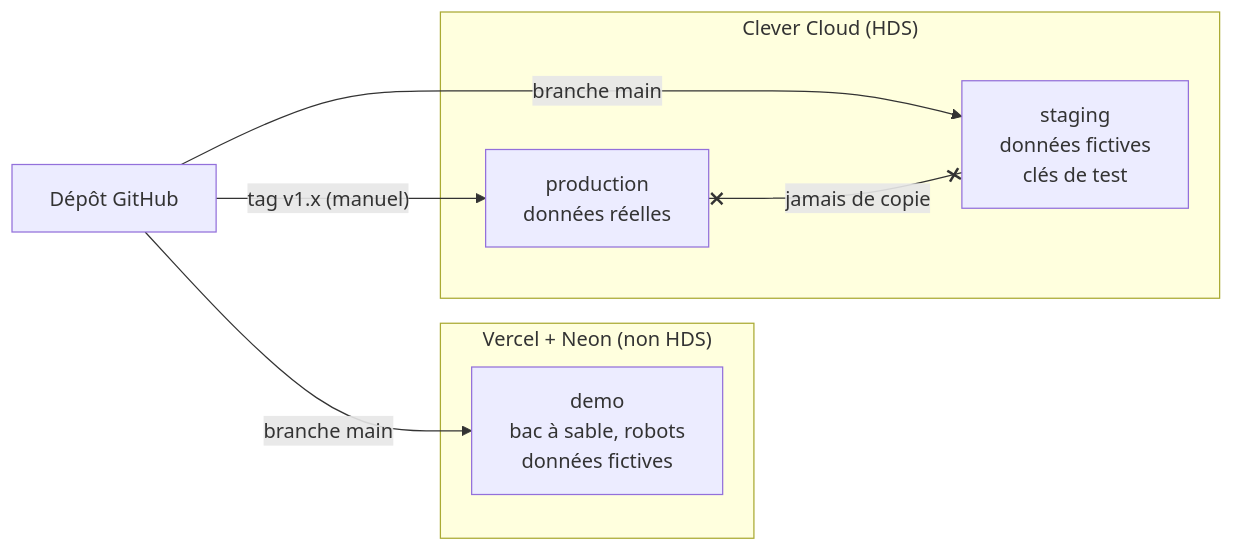
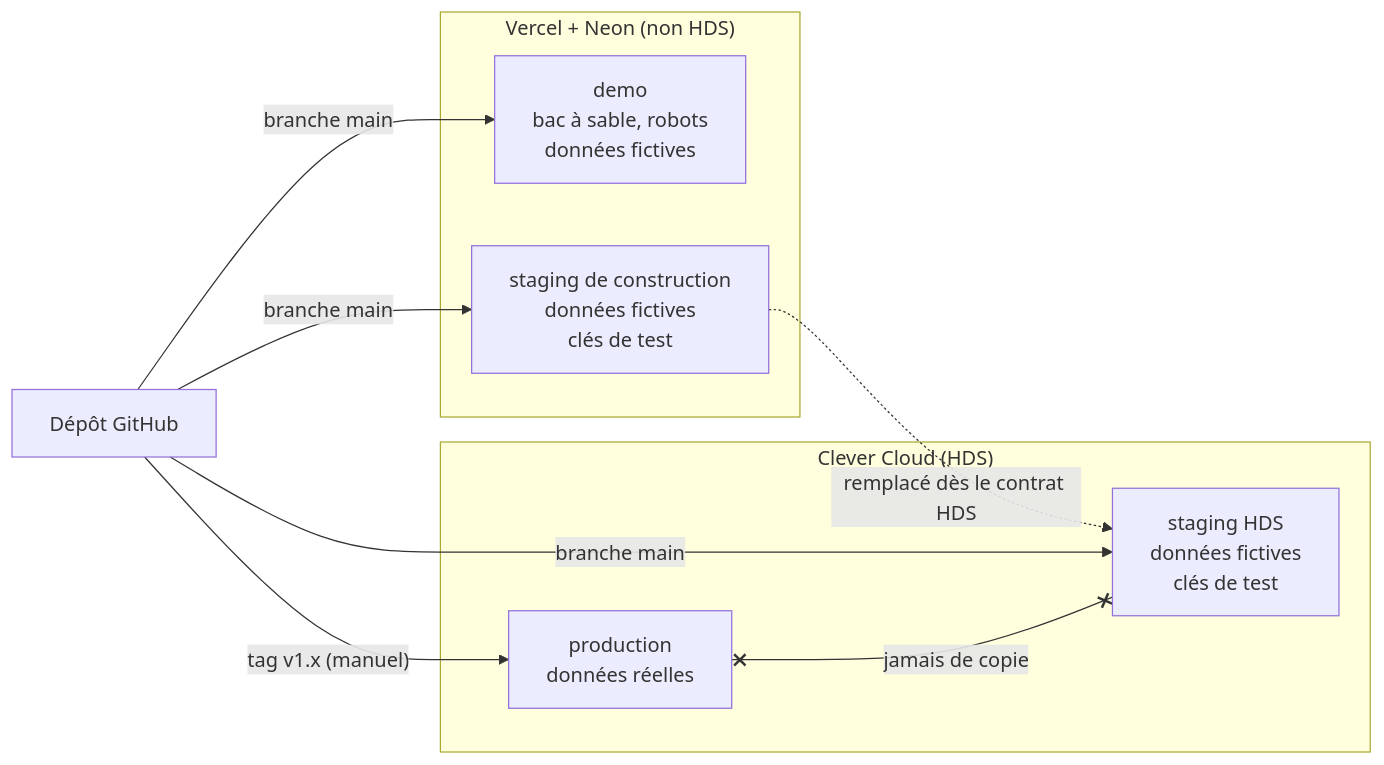
One commit to abbo-benhamid/Jarvis changed the second of 19 diagrams in docs/tech/specification-v1-conso.md. Above: the diagram before and after it, drawn with Mermaid. The commit also changed other lines of this file and 4 other files, not shown here.

````diff
--- a/docs/tech/specification-v1-conso.md
+++ b/docs/tech/specification-v1-conso.md
@@ -118,14 +119,17 @@
 ```mermaid
 flowchart LR
   subgraph V["Vercel + Neon (non HDS)"]
     D[demo<br/>bac à sable, robots<br/>données fictives]
+    S0[staging de construction<br/>données fictives<br/>clés de test]
   end
   subgraph CC["Clever Cloud (HDS)"]
-    S[staging<br/>données fictives<br/>clés de test]
+    S[staging HDS<br/>données fictives<br/>clés de test]
     P[production<br/>données réelles]
   end
   G[Dépôt GitHub] -->|branche main| D
+  G -->|branche main| S0
+  S0 -. "remplacé dès le contrat HDS" .-> S
   G -->|branche main| S
   G -->|"tag v1.x (manuel)"| P
   P x--x|"jamais de copie"| S
 ```
````
